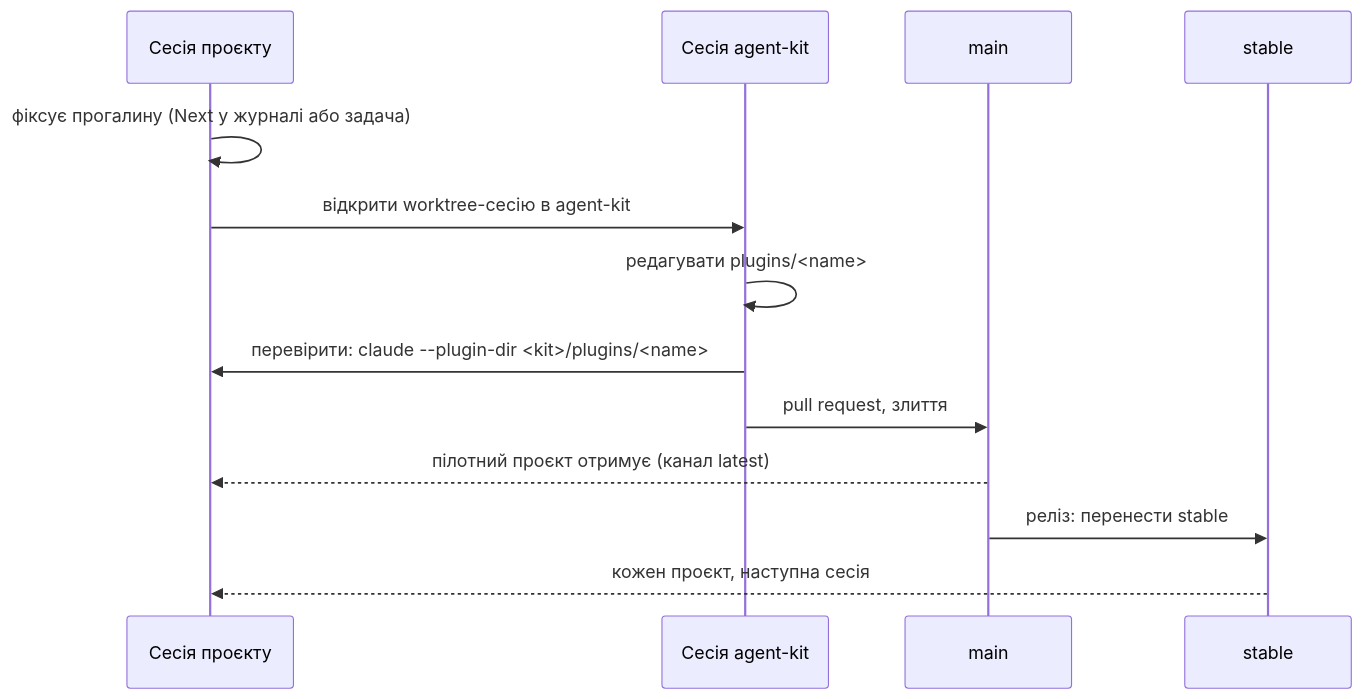
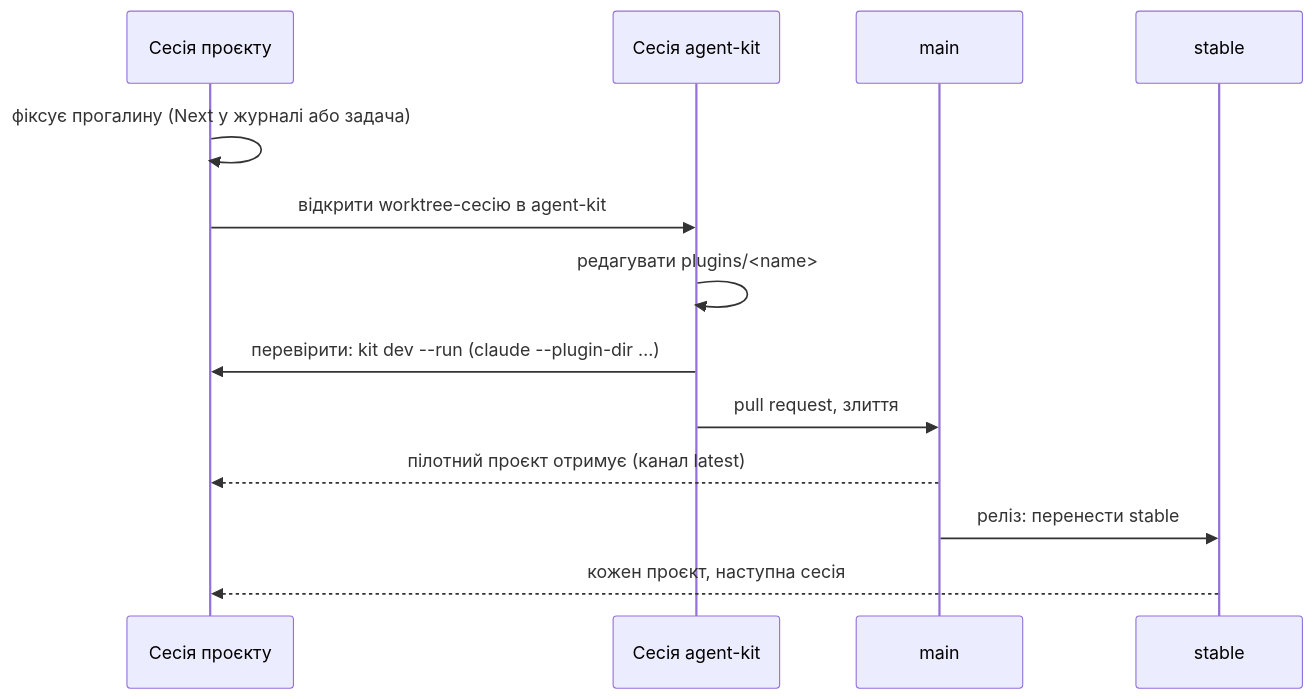
One commit to 3meyc/agent-kit changed the second of 2 diagrams in docs/changing.uk.md. Above: the diagram before and after it, drawn with Mermaid. The commit also changed other lines of this file and 12 other files, not shown here.

First line of the commit message:
feat(core): add kit dev to load a project's kit plugins from local checkouts

````diff
--- a/docs/changing.uk.md
+++ b/docs/changing.uk.md
@@ -30,15 +30,15 @@
 ```mermaid
 sequenceDiagram
   participant P as Сесія проєкту
   participant K as Сесія agent-kit
   participant M as main
   participant S as stable
   P->>P: фіксує прогалину (Next у журналі або задача)
   P->>K: відкрити worktree-сесію в agent-kit
   K->>K: редагувати plugins/<name>
-  K->>P: перевірити: claude --plugin-dir <kit>/plugins/<name>
+  K->>P: перевірити: kit dev --run (claude --plugin-dir …)
   K->>M: pull request, злиття
   M-->>P: пілотний проєкт отримує (канал latest)
   M->>S: реліз: перенести stable
   S-->>P: кожен проєкт, наступна сесія
 ```
````
